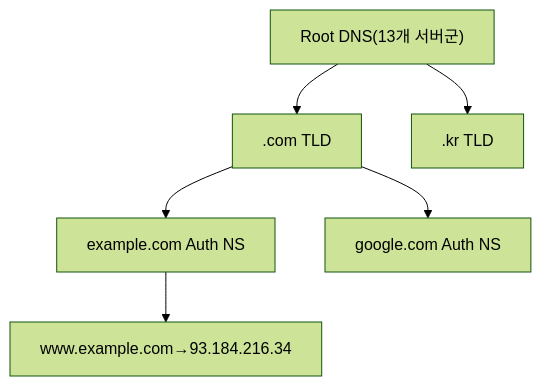
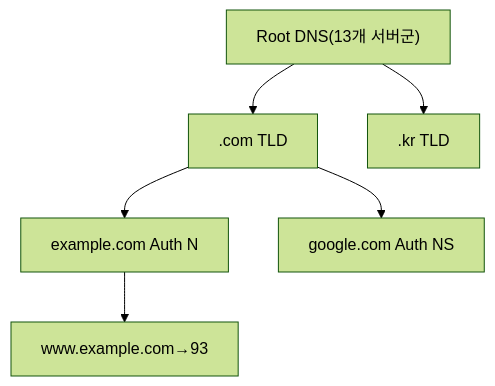
The first of 4 diagrams in _posts/network/2026-05-01-dns.md (yjkim2015/yjkim2015.github.io), drawn with Mermaid (forest theme) before and after one commit. The commit also changed other lines of this file and 271 other files, not shown here.

First line of the commit message:
Mermaid 라벨 축소: 긴 노드 텍스트 18자 이하로 트림 + \n 제거

````diff
--- a/_posts/network/2026-05-01-dns.md
+++ b/_posts/network/2026-05-01-dns.md
@@ -22,8 +22,8 @@
 ```mermaid
 graph TD
     Root["Root DNS(13개 서버군)"] --> COM[".com TLD"]
     Root --> KR[".kr TLD"]
-    COM --> EXAMPLE["example.com Auth NS"]
+    COM --> EXAMPLE["example.com Auth N"]
     COM --> GOOGLE["google.com Auth NS"]
-    EXAMPLE --> WWW["www.example.com→93.184.216.34"]
+    EXAMPLE --> WWW["www.example.com→93"]
 ```
````
